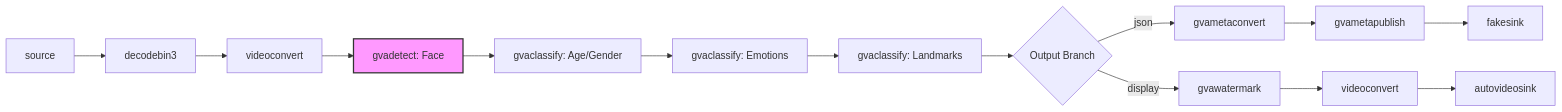
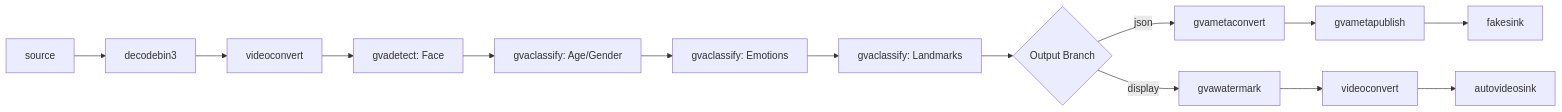
The diagram in samples/windows/gstreamer/gst_launch/face_detection_and_classification/README.md (open-edge-platform/dlstreamer), drawn with Mermaid before and after one commit. The commit also changed 3 other files, not shown here.

Commit message:
remove the color in diagrams

````diff
--- a/samples/windows/gstreamer/gst_launch/face_detection_and_classification/README.md
+++ b/samples/windows/gstreamer/gst_launch/face_detection_and_classification/README.md
@@ -24,22 +24,20 @@
 ```mermaid
 graph LR
     A[source] --> B[decodebin3]
     B --> C[videoconvert]
     C --> D[gvadetect: Face]
 
     D --> E[gvaclassify: Age/Gender]
     E --> F[gvaclassify: Emotions]
     F --> G[gvaclassify: Landmarks]
 
     G --> H{Output Branch}
 
     H -->|json| I[gvametaconvert]
     I --> J[gvametapublish]
     J --> K[fakesink]
 
     H -->|display| L[gvawatermark]
     L --> M[videoconvert]
     M --> N[autovideosink]
-
-    style D fill:#f9f,stroke:#333,stroke-width:2px
 ```
````
